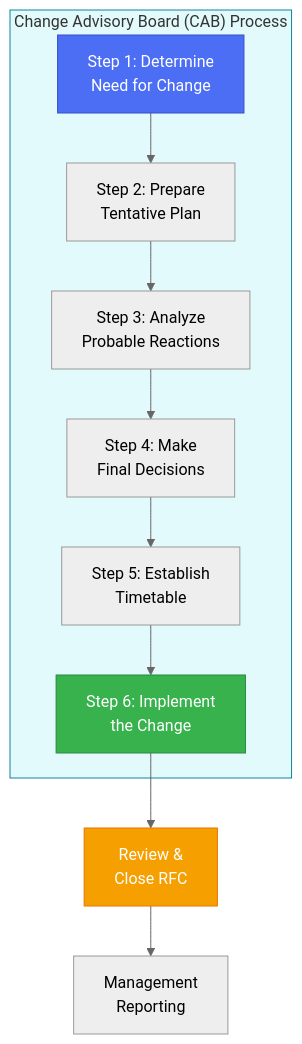
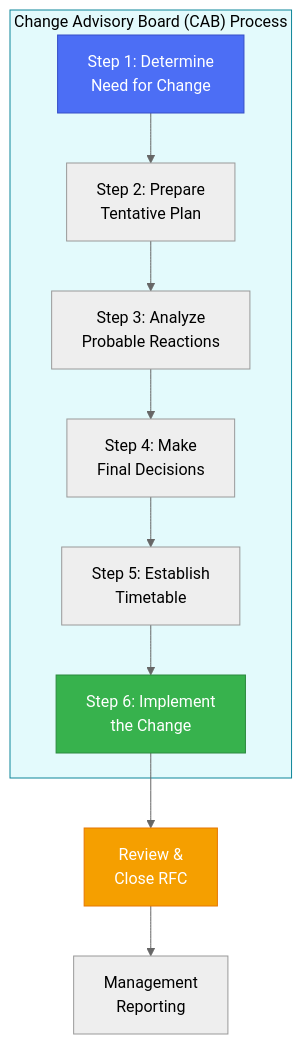
One commit to gitpavleenbali/DevOps-PPT-People-Processes-and-Tools changed diagram 18 of 39 in Requirement Management/RequirementManagement.md. Above: the diagram before and after it, drawn with Mermaid (neutral theme). The commit also changed other lines of this file, not shown here.

Commit message:
Fix diagram text visibility

````diff
--- a/Requirement Management/RequirementManagement.md
+++ b/Requirement Management/RequirementManagement.md
@@ -674,30 +678,30 @@
 ```mermaid
 flowchart TD
     STEP1[Step 1: Determine<br/>Need for Change] --> STEP2[Step 2: Prepare<br/>Tentative Plan]
     
     STEP2 --> STEP3[Step 3: Analyze<br/>Probable Reactions]
     
     STEP3 --> STEP4[Step 4: Make<br/>Final Decisions]
     
     STEP4 --> STEP5[Step 5: Establish<br/>Timetable]
     
     STEP5 --> STEP6[Step 6: Implement<br/>the Change]
     
     STEP6 --> REVIEW[Review &<br/>Close RFC]
     
     subgraph CAB_PROCESS["Change Advisory Board (CAB) Process"]
         STEP1
         STEP2
         STEP3
         STEP4
         STEP5
         STEP6
     end
     
     REVIEW --> REPORT[Management<br/>Reporting]
     
     style STEP1 fill:#4c6ef5,stroke:#364fc7,color:#fff
     style STEP6 fill:#37b24d,stroke:#2b8a3e,color:#fff
-    style CAB_PROCESS fill:#e3fafc,stroke:#0c8599
+    style CAB_PROCESS fill:#e3fafc,stroke:#0c8599,color:#000
     style REVIEW fill:#f59f00,stroke:#e67700,color:#fff
 ```
````
